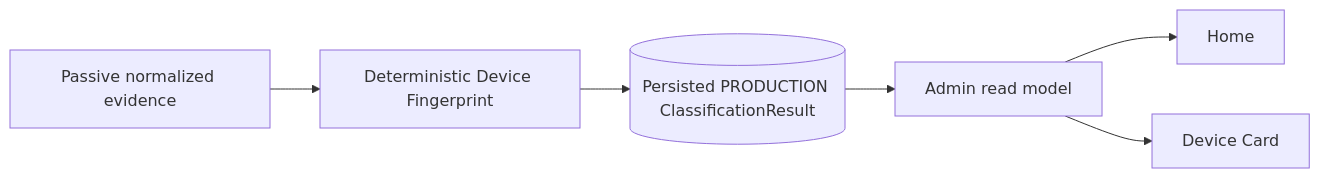
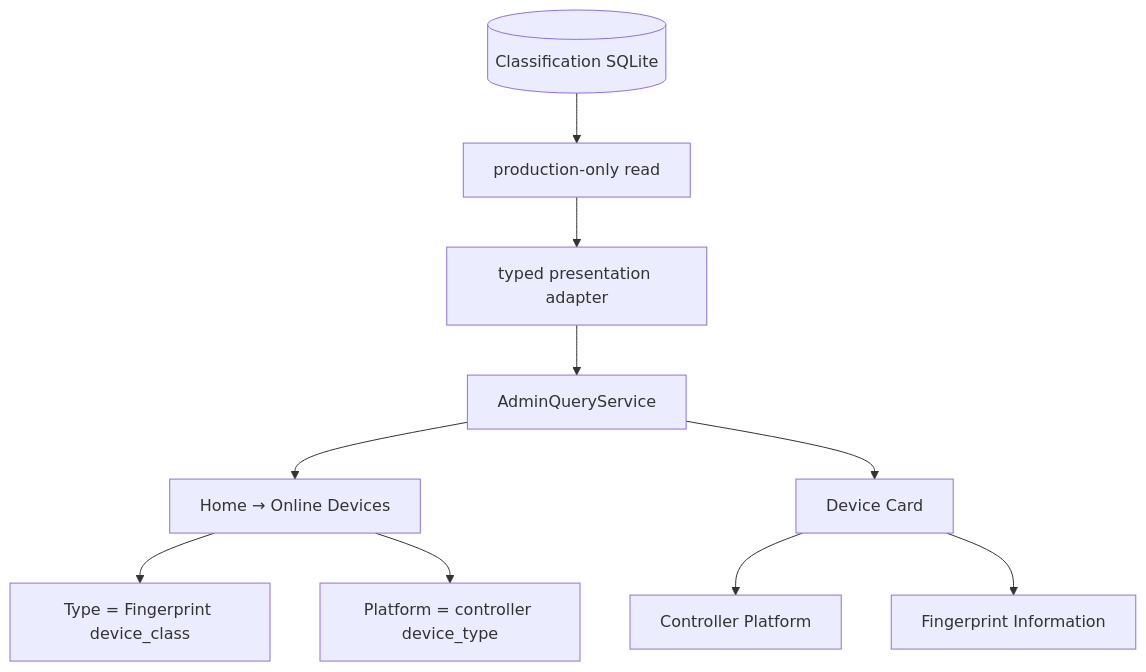
One commit to ZaurNavi/CaptivePortal changed diagram 14 of 35 in README.md. Above: the diagram before and after it, drawn with Mermaid. The commit also changed other lines of this file and 1 other file, not shown here.

Commit message:
docs: expose visual architecture in root readmes

````diff
--- a/README.md
+++ b/README.md
@@ -181,8 +700,14 @@
 ```mermaid
-flowchart LR
-    E[Passive normalized evidence] --> C[Deterministic Device Fingerprint]
-    C --> P[(Persisted PRODUCTION ClassificationResult)]
-    P --> A[Admin read model]
-    A --> H[Home]
-    A --> D[Device Card]
+flowchart TD
+    DB[(Classification SQLite)] --> PR[production-only read]
+    PR --> PA[typed presentation adapter]
+    PA --> AQ[AdminQueryService]
+    AQ --> H[Home → Online Devices]
+    AQ --> D[Device Card]
+
+    H --> HT["Type = Fingerprint device_class"]
+    H --> HP["Platform = controller device_type"]
+
+    D --> CP["Controller Platform"]
+    D --> FI["Fingerprint Information"]
 ```
````
